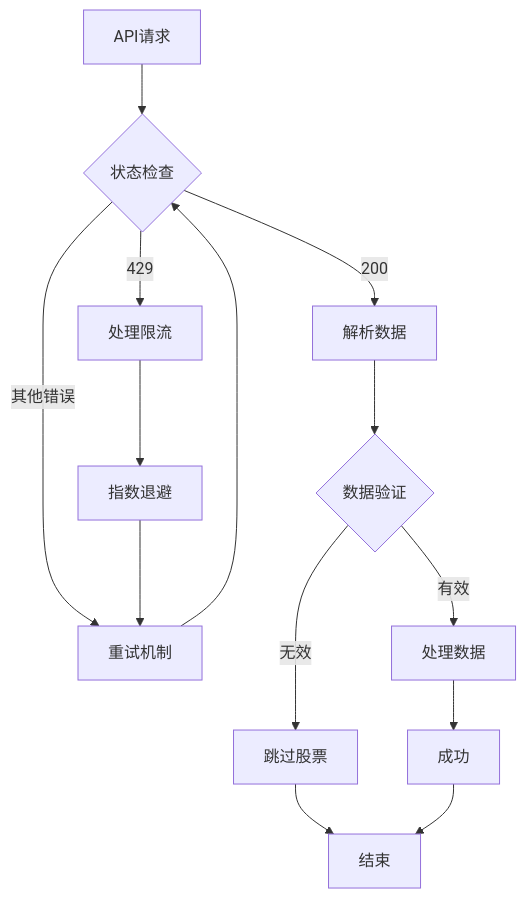
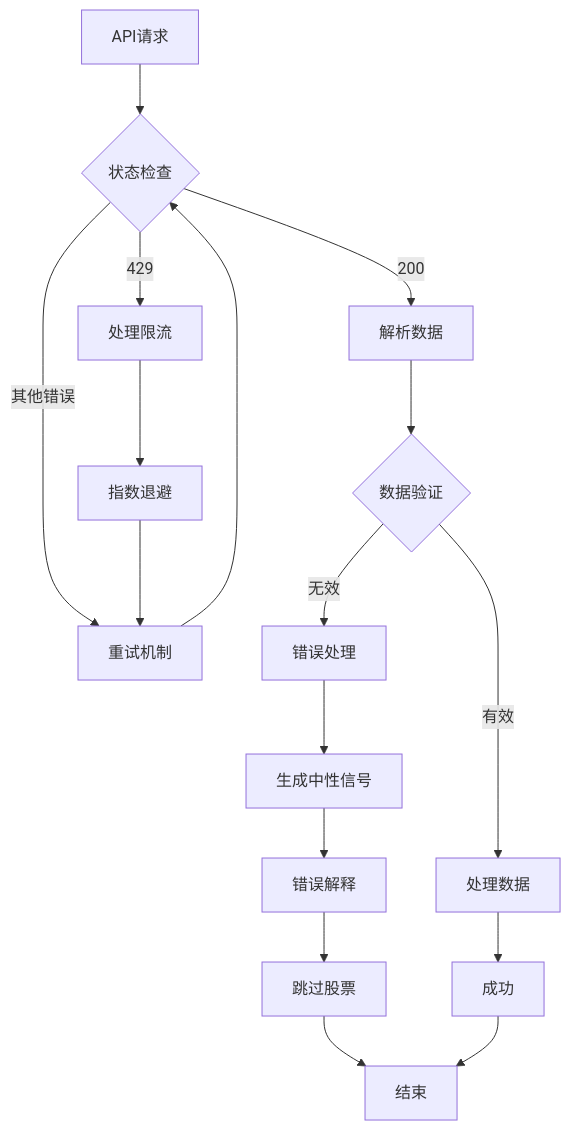
Before and after one commit to lichen14-hash/ai-hedge-fund: diagram 13 of 14 in .qoder/repowiki/zh/content/多智能体系统/专业分析智能体/估值分析智能体.md, drawn with Mermaid. The commit also changed other lines of this file and 24 other files, not shown here.

````diff
--- a/.qoder/repowiki/zh/content/多智能体系统/专业分析智能体/估值分析智能体.md
+++ b/.qoder/repowiki/zh/content/多智能体系统/专业分析智能体/估值分析智能体.md
@@ -511,16 +539,19 @@
 ```mermaid
 flowchart TD
 Request[API请求] --> StatusCheck{状态检查}
 StatusCheck --> |200| ParseData[解析数据]
 StatusCheck --> |429| RateLimit[处理限流]
 StatusCheck --> |其他错误| Retry[重试机制]
 RateLimit --> Backoff[指数退避]
 Backoff --> Retry
 Retry --> StatusCheck
 ParseData --> ValidateData{数据验证}
 ValidateData --> |有效| ProcessData[处理数据]
-ValidateData --> |无效| SkipStock[跳过股票]
+ValidateData --> |无效| ErrorHandling[错误处理]
+ErrorHandling --> NeutralSignal[生成中性信号]
+NeutralSignal --> ErrorReasoning[错误解释]
+ErrorReasoning --> SkipStock[跳过股票]
 ProcessData --> Success[成功]
 SkipStock --> End[结束]
 Success --> End
 ```
````
